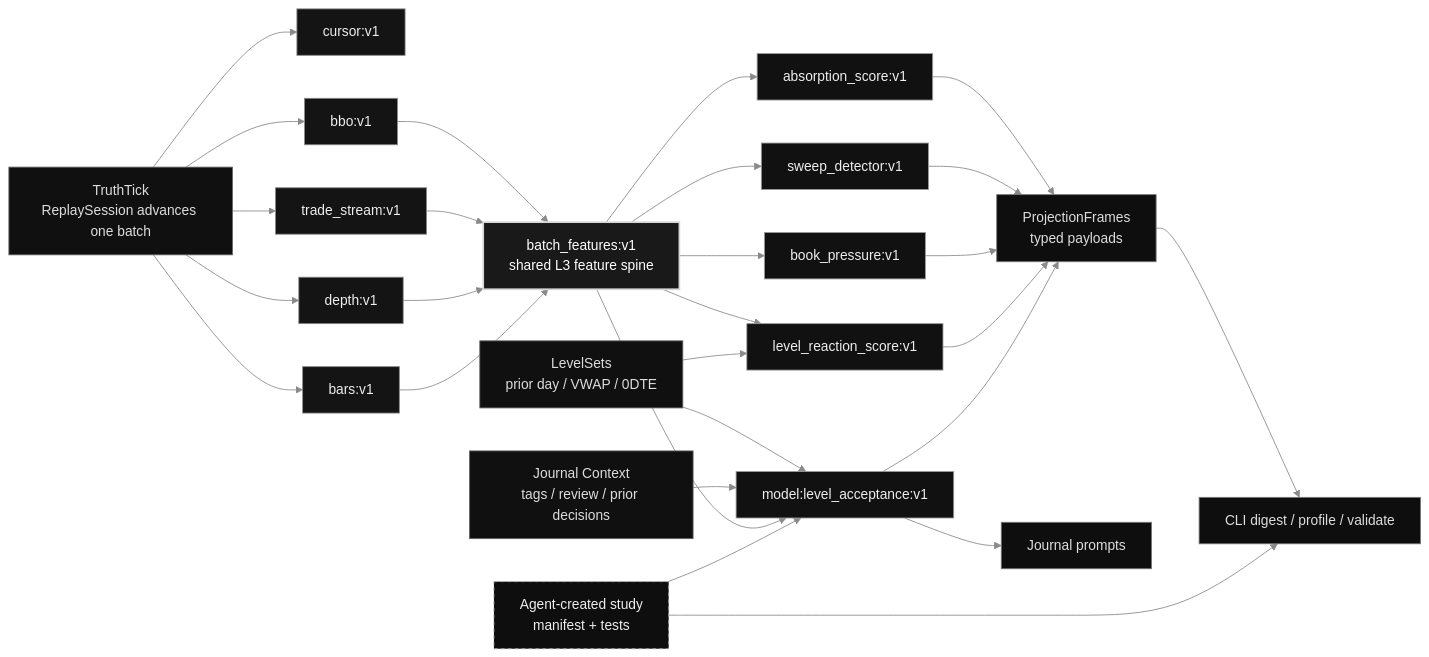
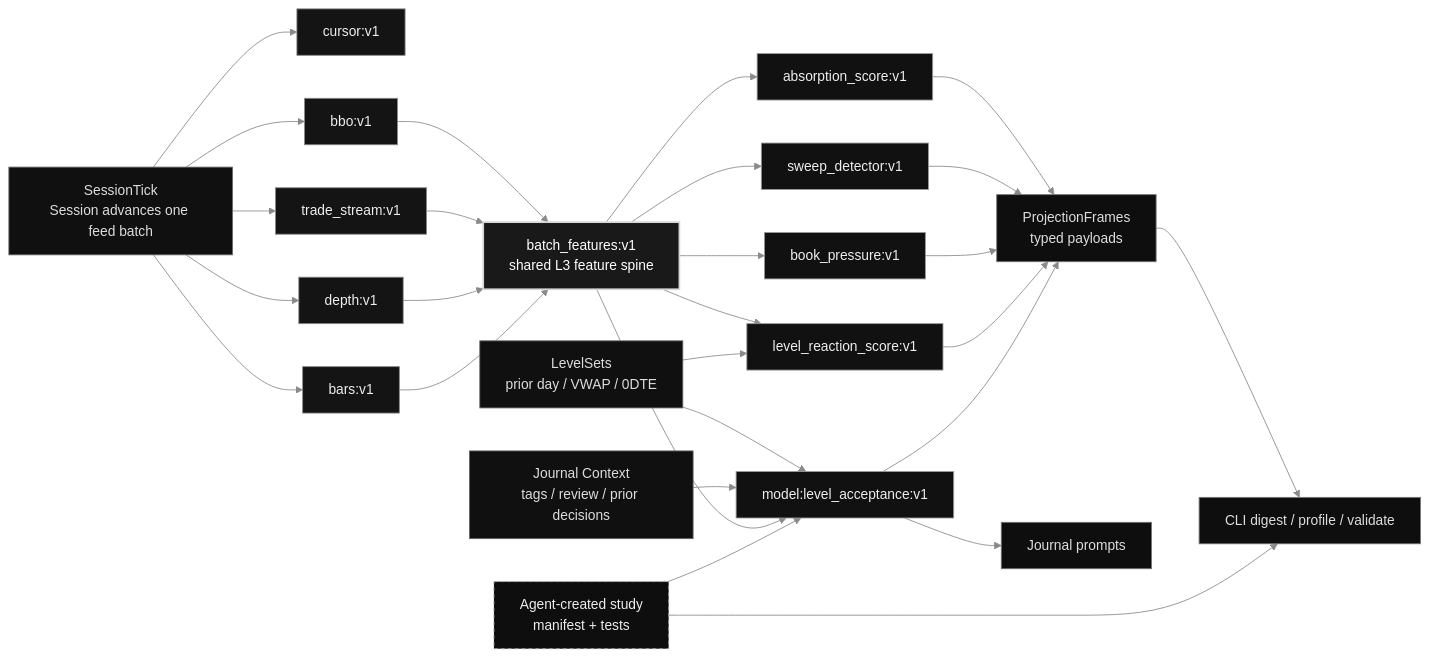
The second of 3 diagrams in README.md (epicchetan/ledger), drawn with Mermaid before and after one commit. The commit also changed other lines of this file and 27 other files, not shown here.

First line of the commit message:
refactor replay into feed-driven sessions

````diff
--- a/README.md
+++ b/README.md
@@ -146,65 +148,65 @@
 ```mermaid
 %%{init: {"theme": "base", "themeVariables": {"background": "transparent", "primaryColor": "#111111", "primaryTextColor": "#e7e7e7", "primaryBorderColor": "#777777", "lineColor": "#8a8a8a", "secondaryColor": "#171717", "tertiaryColor": "#0d0d0d", "fontFamily": "ui-monospace, SFMono-Regular, Menlo, Consolas, monospace"}}}%%
 flowchart LR
   classDef input fill:#101010,stroke:#666,color:#ddd;
   classDef base fill:#141414,stroke:#888,color:#eee;
   classDef shared fill:#191919,stroke:#d6d6d6,color:#fff,stroke-width:2px;
   classDef study fill:#111111,stroke:#999,color:#eee;
   classDef output fill:#0e0e0e,stroke:#777,color:#ddd;
   classDef agent fill:#0e0e0e,stroke:#aaaaaa,color:#eee,stroke-dasharray:4 4;
 
-  Tick["TruthTick<br/>ReplaySession advances one batch"]:::input
+  Tick["SessionTick<br/>Session advances one feed batch"]:::input
   Levels["LevelSets<br/>prior day / VWAP / 0DTE"]:::input
   JournalCtx["Journal Context<br/>tags / review / prior decisions"]:::input
 
   Cursor["cursor:v1"]:::base
   BBO["bbo:v1"]:::base
   Trades["trade_stream:v1"]:::base
   Depth["depth:v1"]:::base
   Bars["bars:v1"]:::base
 
   Features["batch_features:v1<br/>shared L3 feature spine"]:::shared
 
   Absorption["absorption_score:v1"]:::study
   Sweep["sweep_detector:v1"]:::study
   Pressure["book_pressure:v1"]:::study
   LevelReaction["level_reaction_score:v1"]:::study
   Model["model:level_acceptance:v1"]:::study
 
   Frames["ProjectionFrames<br/>typed payloads"]:::output
   Prompts["Journal prompts"]:::output
   Validation["CLI digest / profile / validate"]:::output
 
   AgentStudy["Agent-created study<br/>manifest + tests"]:::agent
 
   Tick --> Cursor
   Tick --> BBO
   Tick --> Trades
   Tick --> Depth
   Tick --> Bars
 
   BBO --> Features
   Trades --> Features
   Depth --> Features
   Bars --> Features
 
   Features --> Absorption
   Features --> Sweep
   Features --> Pressure
   Features --> LevelReaction
   Levels --> LevelReaction
   Levels --> Model
   JournalCtx --> Model
   Features --> Model
 
   Absorption --> Frames
   Sweep --> Frames
   Pressure --> Frames
   LevelReaction --> Frames
   Model --> Frames
   Model --> Prompts
   Frames --> Validation
 
   AgentStudy --> Model
   AgentStudy --> Validation
 ```
````
